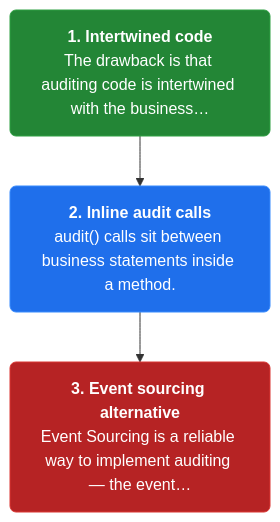
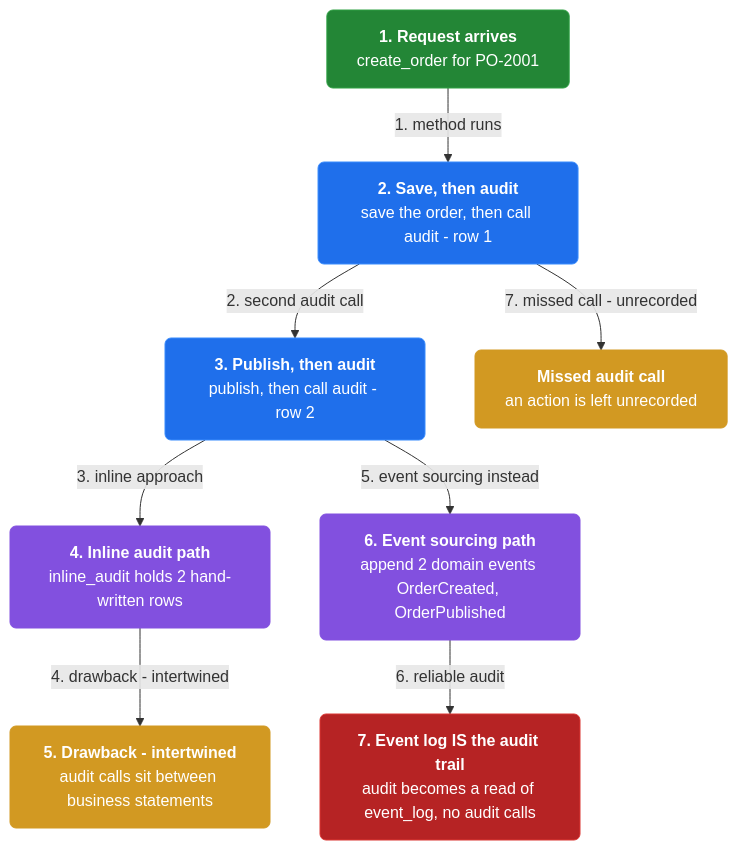
One commit to vinayakuber/microservices-io-study-guide changed the third of 3 diagrams in docs/ch32-audit-logging.md. Above: the diagram before and after it, drawn with Mermaid. The commit also changed other lines of this file and 46 other files, not shown here.

First line of the commit message:
Author rich branching flow diagrams for all 44 chapters

````diff
--- a/docs/ch32-audit-logging.md
+++ b/docs/ch32-audit-logging.md
@@ -89,11 +112,23 @@
 ```mermaid
 flowchart TD
-  classDef step fill:#1f6feb,color:#ffffff,stroke:#388bfd,stroke-width:1px,rx:6
+  classDef step fill:#1f6feb,color:#ffffff,stroke:#388bfd,rx:6
+  classDef core fill:#8250df,color:#ffffff,stroke:#8250df,rx:6
+  classDef warn fill:#d29922,color:#ffffff,stroke:#d29922,rx:6
   classDef start fill:#238636,color:#ffffff,stroke:#2ea043,rx:6
   classDef stop fill:#b62324,color:#ffffff,stroke:#da3633,rx:6
-  s2n0["<b>1. Intertwined code</b><br/>The drawback is that auditing code is intertwined with the business…"]:::start
-  s2n1["<b>2. Inline audit calls</b><br/>audit() calls sit between business statements inside a method."]:::step
-  s2n2["<b>3. Event sourcing alternative</b><br/>Event Sourcing is a reliable way to implement auditing — the event…"]:::stop
-  s2n0 --> s2n1
-  s2n1 --> s2n2
+n0["<b>1. Request arrives</b><br/>create_order for PO-2001"]:::start
+  n1["<b>2. Save, then audit</b><br/>save the order, then call audit - row 1"]:::step
+  n2["<b>3. Publish, then audit</b><br/>publish, then call audit - row 2"]:::step
+  n3["<b>4. Inline audit path</b><br/>inline_audit holds 2 hand-written rows"]:::core
+  n4["<b>5. Drawback - intertwined</b><br/>audit calls sit between business statements"]:::warn
+  n5["<b>6. Event sourcing path</b><br/>append 2 domain events OrderCreated, OrderPublished"]:::core
+  n6["<b>7. Event log IS the audit trail</b><br/>audit becomes a read of event_log, no audit calls"]:::stop
+  n7["<b>Missed audit call</b><br/>an action is left unrecorded"]:::warn
+  n0 -->|"1. method runs"| n1
+  n1 -->|"2. second audit call"| n2
+  n2 -->|"3. inline approach"| n3
+  n3 -->|"4. drawback - intertwined"| n4
+  n2 -->|"5. event sourcing instead"| n5
+  n5 -->|"6. reliable audit"| n6
+  n1 -->|"7. missed call - unrecorded"| n7
 ```
````
